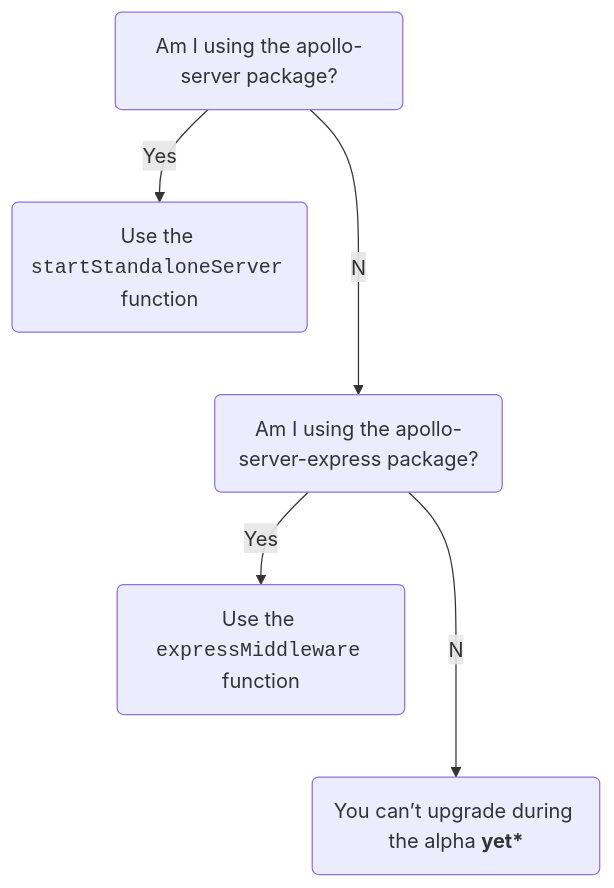
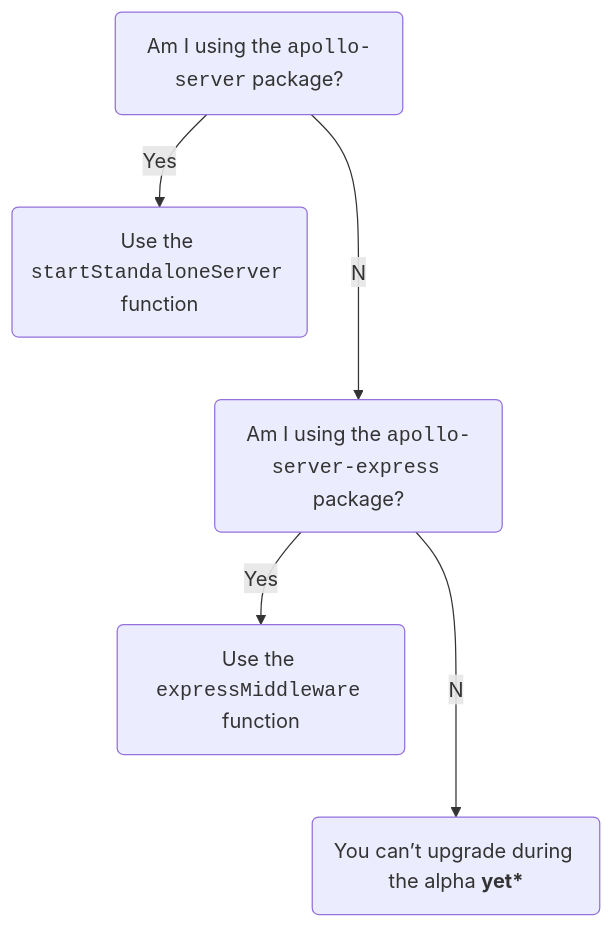
The diagram in docs/source/migration.mdx (apollographql/apollo-server), drawn with Mermaid before and after one commit. The commit also changed other lines of this file and 1 other file, not shown here.

````diff
--- a/docs/source/migration.mdx
+++ b/docs/source/migration.mdx
@@ -35,9 +33,9 @@
 ```mermaid
 graph TB;
-  server("Am I using the apollo-server package?");
-  server--No-->express("Am I using the apollo-server-express package?");
+  server("Am I using the <code>apollo-server</code> package?");
+  server--No-->express("Am I using the <code>apollo-server-express</code> package?");
   server--Yes-->useStandAlone("Use the <code>startStandaloneServer</code> function");
   express--No-->buildIntegration("You can’t upgrade during the alpha <b>yet*</b>");
   express--Yes-->useExpressMiddleware("Use the <code>expressMiddleware</code> function");
   class useStandAlone,useExpressMiddleware secondary;
 ```
````
